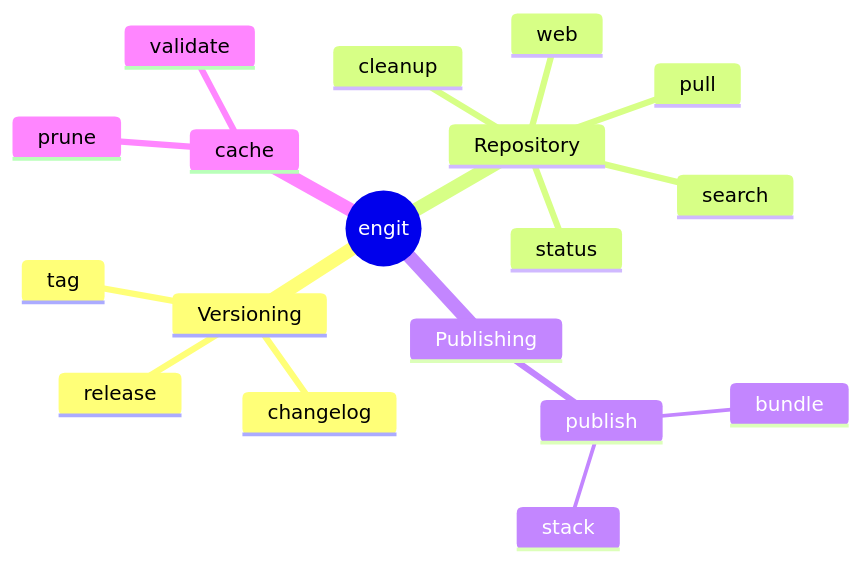
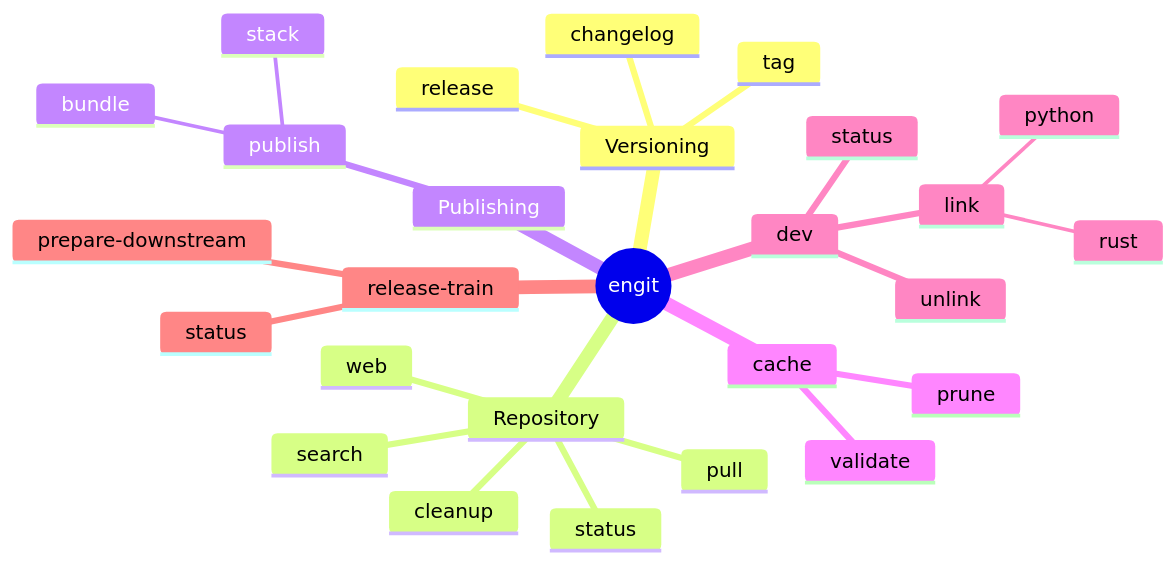
Before and after one commit to gtvfx-envoy/envoy_utils: the diagram in docs/cli-reference/engit.md, drawn with Mermaid. The commit also changed other lines of this file and 9 other files, not shown here.

````diff
--- a/docs/cli-reference/engit.md
+++ b/docs/cli-reference/engit.md
@@ -7,21 +7,30 @@
 ```mermaid
 mindmap
   root((engit))
     Versioning
       tag
       release
       changelog
     Repository
       status
       cleanup
       pull
       web
       search
     Publishing
       publish
         bundle
         stack
     cache
       validate
       prune
+    dev
+      link
+        rust
+        python
+      unlink
+      status
+    release-train
+      status
+      prepare-downstream
 ```
````
